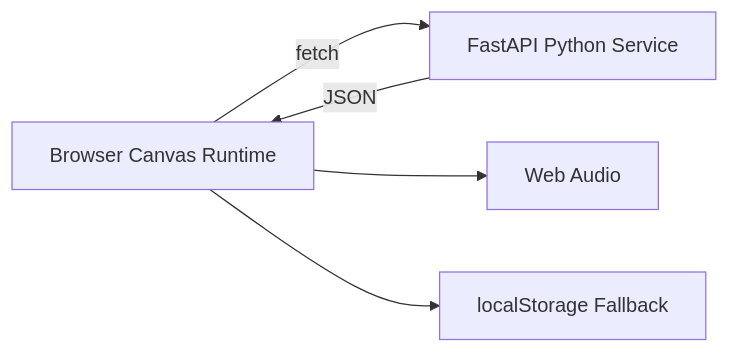
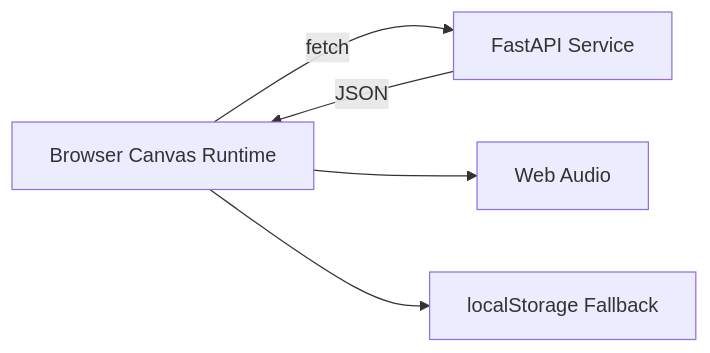
The diagram in README.md (StrayDogSyn/Next-Chapter-Retro-Game), drawn with Mermaid before and after one commit. The commit also changed other lines of this file and 6 other files, not shown here.

````diff
--- a/README.md
+++ b/README.md
@@ -138,7 +40,7 @@
 ```mermaid
 graph LR
-    A[Browser Canvas Runtime] -- "fetch" --> B[FastAPI Python Service]
-    B -- "JSON" --> A
+    A[Browser Canvas Runtime] -->|fetch| B[FastAPI Service]
+    B -->|JSON| A
     A --> C[Web Audio]
     A --> D[localStorage Fallback]
 ```
````
